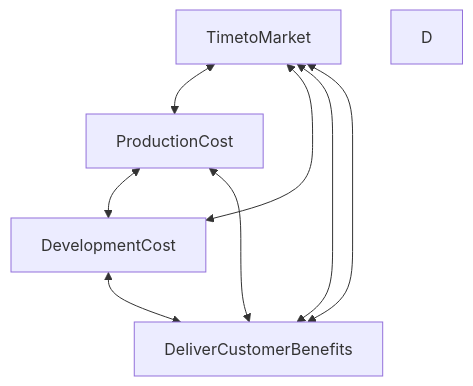
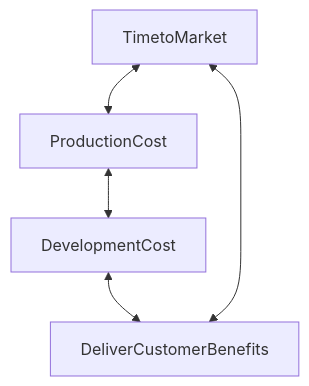
The diagram in README.md (aanaberu/ProductManagement-Learn-Hardway), drawn with Mermaid before and after one commit.

````diff
--- a/README.md
+++ b/README.md
@@ -42,12 +42,7 @@
 ```mermaid
 graph TD;
     TimetoMarket<-->ProductionCost;
     ProductionCost<-->DevelopmentCost;
     DevelopmentCost<-->DeliverCustomerBenefits;
     DeliverCustomerBenefits<-->TimetoMarket;
-    TimetoMarket<-->DevelopmentCost;
-    TimetoMarket<-->DeliverCustomerBenefits;
-    
-    ProductionCost<-->DeliverCustomerBenefits;
-    D
 ```
````
